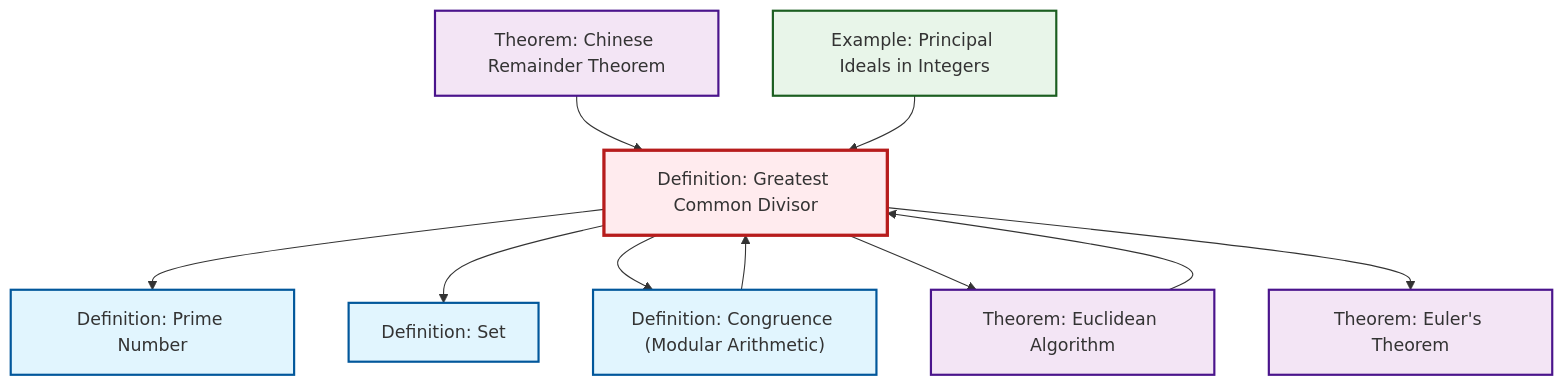
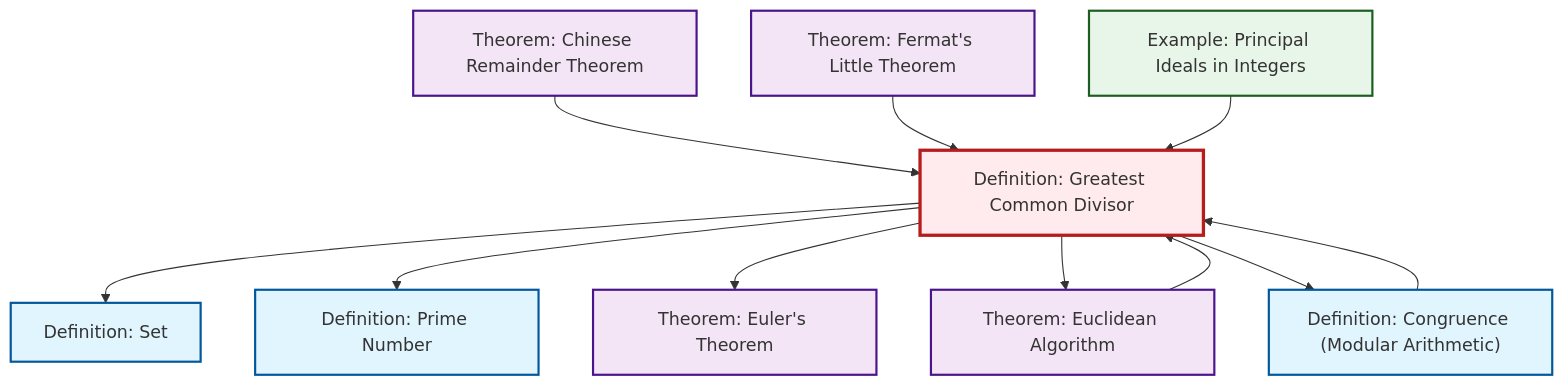
Before and after one commit to RK0429/ModernMath: the second of 2 diagrams in content/en/number-theory/def-gcd.qmd, drawn with Mermaid. The commit also changed 360 other files, not shown here.

````diff
--- a/content/en/number-theory/def-gcd.qmd
+++ b/content/en/number-theory/def-gcd.qmd
@@ -91,34 +91,37 @@
 ```{mermaid}
 %%| fig-cap: "Local dependency graph"
 graph TD
     classDef definition fill:#e1f5fe,stroke:#01579b,stroke-width:2px
     classDef theorem fill:#f3e5f5,stroke:#4a148c,stroke-width:2px
     classDef axiom fill:#fff3e0,stroke:#e65100,stroke-width:2px
     classDef example fill:#e8f5e9,stroke:#1b5e20,stroke-width:2px
     classDef current fill:#ffebee,stroke:#b71c1c,stroke-width:3px
+    thm-fermat-little["Theorem: Fermat's Little Theorem"]:::theorem
+    thm-euler["Theorem: Euler's Theorem"]:::theorem
+    thm-chinese-remainder["Theorem: Chinese Remainder Theorem"]:::theorem
+    ex-principal-ideal["Example: Principal Ideals in Integers"]:::example
+    def-congruence["Definition: Congruence (Modular Arithmetic)"]:::definition
+    def-prime["Definition: Prime Number"]:::definition
+    def-set["Definition: Set"]:::definition
+    thm-euclidean-algorithm["Theorem: Euclidean Algorithm"]:::theorem
     def-gcd["Definition: Greatest Common Divisor"]:::definition
-    thm-euler["Theorem: Euler's Theorem"]:::theorem
-    thm-euclidean-algorithm["Theorem: Euclidean Algorithm"]:::theorem
-    ex-principal-ideal["Example: Principal Ideals in Integers"]:::example
-    def-prime["Definition: Prime Number"]:::definition
-    thm-chinese-remainder["Theorem: Chinese Remainder Theorem"]:::theorem
-    def-set["Definition: Set"]:::definition
-    def-congruence["Definition: Congruence (Modular Arithmetic)"]:::definition
+    thm-euclidean-algorithm --> def-gcd
+    thm-chinese-remainder --> def-gcd
+    def-gcd --> def-set
     def-gcd --> def-prime
-    thm-chinese-remainder --> def-gcd
-    thm-euclidean-algorithm --> def-gcd
+    thm-fermat-little --> def-gcd
+    def-gcd --> thm-euler
+    def-congruence --> def-gcd
     ex-principal-ideal --> def-gcd
-    def-gcd --> def-set
-    def-congruence --> def-gcd
+    def-gcd --> thm-euclidean-algorithm
     def-gcd --> def-congruence
-    def-gcd --> thm-euclidean-algorithm
-    def-gcd --> thm-euler
     class def-gcd current
+    click thm-fermat-little "thm-fermat-little.html" "Go to Fermat's Little Theorem theorem"
     click thm-euler "thm-euler.html" "Go to Euler's Theorem theorem"
+    click thm-chinese-remainder "thm-chinese-remainder.html" "Go to Chinese Remainder Theorem theorem"
+    click ex-principal-ideal "ex-principal-ideal.html" "Go to Principal Ideals in Integers example"
+    click def-congruence "def-congruence.html" "Go to Congruence (Modular Arithmetic) definition"
+    click def-prime "def-prime.html" "Go to Prime Number definition"
+    click def-set "def-set.html" "Go to Set definition"
     click thm-euclidean-algorithm "thm-euclidean-algorithm.html" "Go to Euclidean Algorithm theorem"
-    click ex-principal-ideal "ex-principal-ideal.html" "Go to Principal Ideals in Integers example"
-    click def-prime "def-prime.html" "Go to Prime Number definition"
-    click thm-chinese-remainder "thm-chinese-remainder.html" "Go to Chinese Remainder Theorem theorem"
-    click def-set "def-set.html" "Go to Set definition"
-    click def-congruence "def-congruence.html" "Go to Congruence (Modular Arithmetic) definition"
 ```
````
